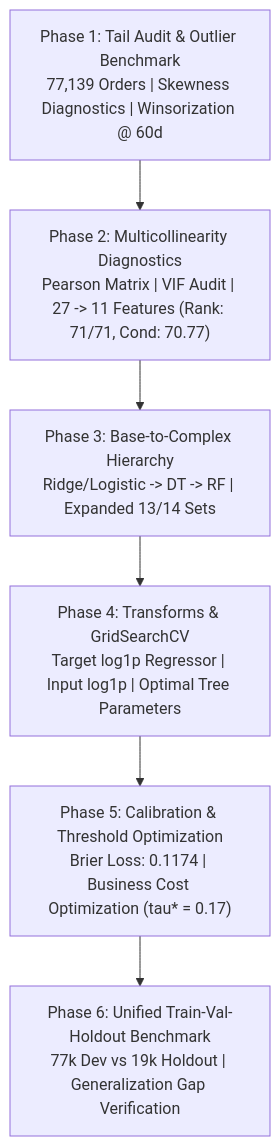
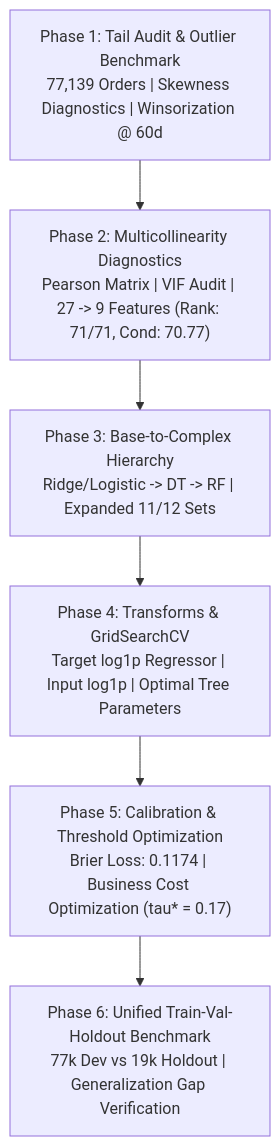
The diagram in experiments/experiment_3/SUMMARY_REPORT.md (wuqianzong/Team11_IT5006_Ecommerce_Analytics_AY2627Sem1), drawn with Mermaid before and after one commit. The commit also changed other lines of this file and 59 other files, not shown here.

````diff
--- a/experiments/experiment_3/SUMMARY_REPORT.md
+++ b/experiments/experiment_3/SUMMARY_REPORT.md
@@ -39,8 +39,8 @@
 ```mermaid
 flowchart TD
-    P1["Phase 1: Tail Audit & Outlier Benchmark<br>77,139 Orders | Skewness Diagnostics | Winsorization @ 60d"] --> P2["Phase 2: Multicollinearity Diagnostics<br>Pearson Matrix | VIF Audit | 27 -> 11 Features (Rank: 71/71, Cond: 70.77)"]
-    P2 --> P3["Phase 3: Base-to-Complex Hierarchy<br>Ridge/Logistic -> DT -> RF | Expanded 13/14 Sets"]
+    P1["Phase 1: Tail Audit & Outlier Benchmark<br>77,139 Orders | Skewness Diagnostics | Winsorization @ 60d"] --> P2["Phase 2: Multicollinearity Diagnostics<br>Pearson Matrix | VIF Audit | 27 -> 9 Features (Rank: 71/71, Cond: 70.77)"]
+    P2 --> P3["Phase 3: Base-to-Complex Hierarchy<br>Ridge/Logistic -> DT -> RF | Expanded 11/12 Sets"]
     P3 --> P4["Phase 4: Transforms & GridSearchCV<br>Target log1p Regressor | Input log1p | Optimal Tree Parameters"]
     P4 --> P5["Phase 5: Calibration & Threshold Optimization<br>Brier Loss: 0.1174 | Business Cost Optimization (tau* = 0.17)"]
     P5 --> P6["Phase 6: Unified Train-Val-Holdout Benchmark<br>77k Dev vs 19k Holdout | Generalization Gap Verification"]
 ```
````
